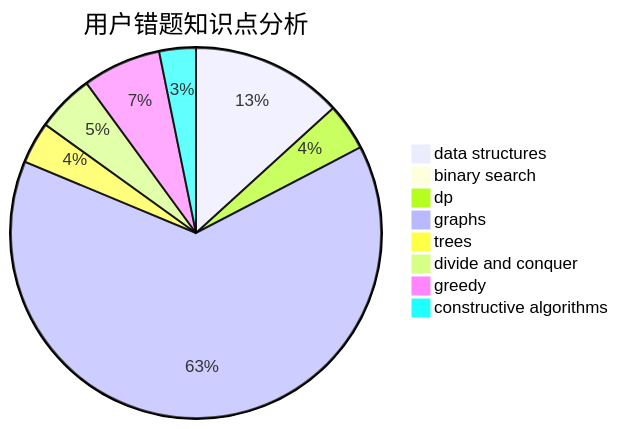
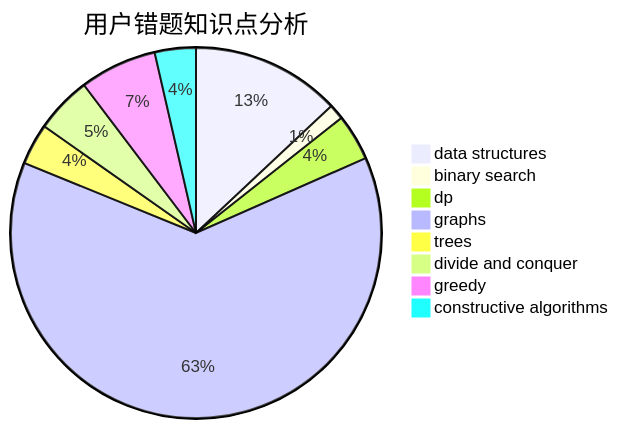
One commit to sherpahu/cfrs.github.io changed the third of 3 diagrams in docs/user/u250.md. Above: the diagram before and after it, drawn with Mermaid. The commit also changed other lines of this file and 2770 other files, not shown here.

````diff
--- a/docs/user/u250.md
+++ b/docs/user/u250.md
@@ -36,11 +36,11 @@
 ```mermaid
 pie title 用户错题知识点分析
     "data structures" :  29
-    "binary search" :  2
+    "binary search" :  3
     "dp" :  9
     "graphs" :  140
     "trees" :  8
     "divide and conquer" :  11
     "greedy" :  15
-    "constructive algorithms" :  7
+    "constructive algorithms" :  8
 ```
````
